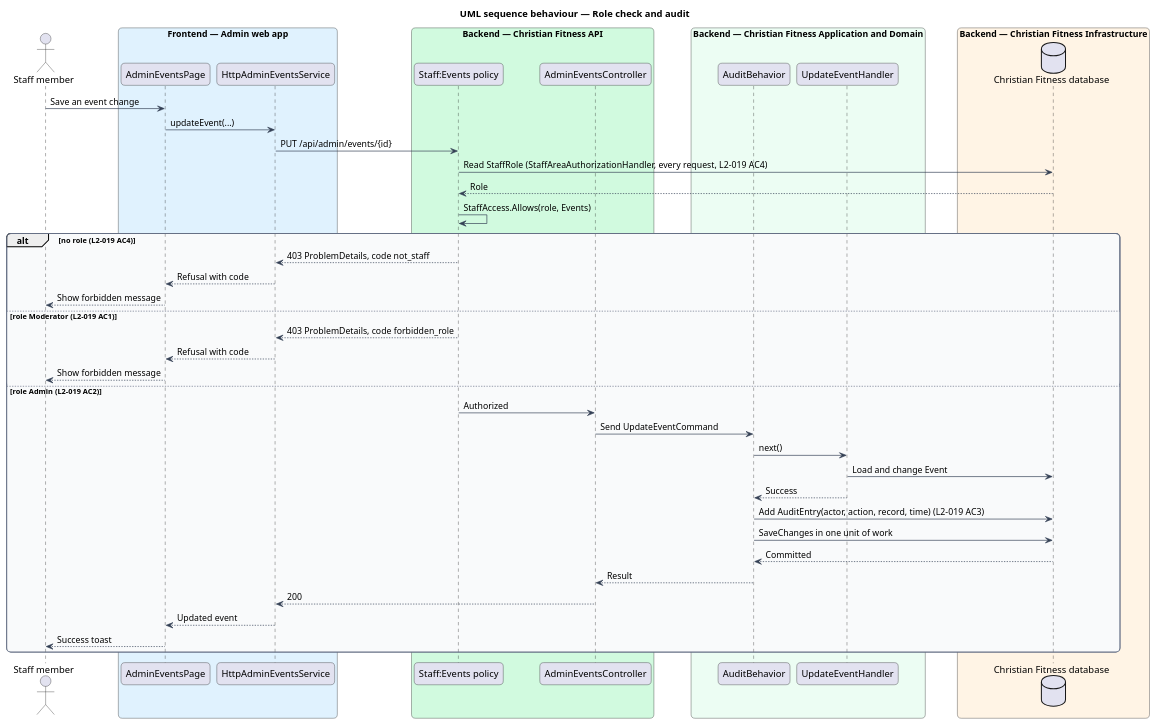
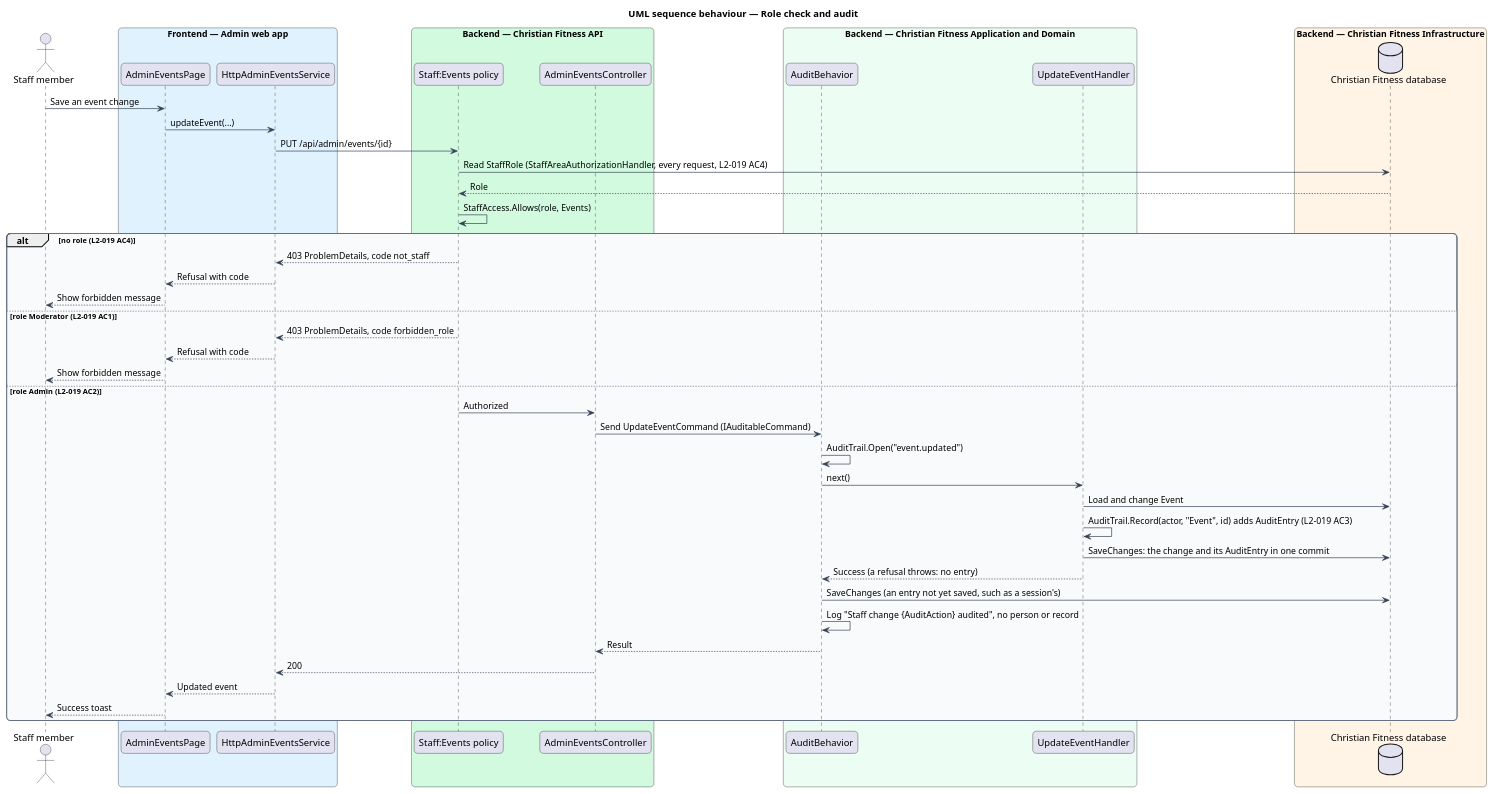
The diagram in docs/detailed-designs/admin-access/staff-roles/diagrams/sequence-authorize-and-audit.puml (QuinntyneBrown/christian-fitness), drawn with PlantUML before and after one commit. The commit also changed 19 other files, not shown here.

```diff
--- a/docs/detailed-designs/admin-access/staff-roles/diagrams/sequence-authorize-and-audit.puml
+++ b/docs/detailed-designs/admin-access/staff-roles/diagrams/sequence-authorize-and-audit.puml
@@ -1,61 +1,63 @@
 @startuml
 title UML sequence behaviour — Role check and audit
 skinparam backgroundColor #FFFFFF
 skinparam shadowing false
 skinparam roundcorner 12
 skinparam defaultFontName Arial
 skinparam ArrowColor #344054
 skinparam rectangle {
   BorderColor #344054
   FontColor #101828
 }
 skinparam package {
   BorderColor #667085
   FontColor #101828
   BackgroundColor #F9FAFB
 }
 actor "Staff member" as actor
 box "Frontend — Admin web app" #E0F2FE
   participant "AdminEventsPage" as page
   participant "HttpAdminEventsService" as client
 end box
 box "Backend — Christian Fitness API" #D1FADF
   participant "Staff:Events policy" as pol
   participant "AdminEventsController" as ctrl
 end box
 box "Backend — Christian Fitness Application and Domain" #ECFDF3
   participant "AuditBehavior" as audit
   participant "UpdateEventHandler" as handler
 end box
 box "Backend — Christian Fitness Infrastructure" #FFF4E5
   database "Christian Fitness database" as db
 end box
 actor -> page : Save an event change
 page -> client : updateEvent(...)
 client -> pol : PUT /api/admin/events/{id}
 pol -> db : Read StaffRole (StaffAreaAuthorizationHandler, every request, L2-019 AC4)
 db --> pol : Role
 pol -> pol : StaffAccess.Allows(role, Events)
 alt no role (L2-019 AC4)
   pol --> client : 403 ProblemDetails, code not_staff
   client --> page : Refusal with code
   page --> actor : Show forbidden message
 else role Moderator (L2-019 AC1)
   pol --> client : 403 ProblemDetails, code forbidden_role
   client --> page : Refusal with code
   page --> actor : Show forbidden message
 else role Admin (L2-019 AC2)
   pol -> ctrl : Authorized
-  ctrl -> audit : Send UpdateEventCommand
+  ctrl -> audit : Send UpdateEventCommand (IAuditableCommand)
+  audit -> audit : AuditTrail.Open("event.updated")
   audit -> handler : next()
   handler -> db : Load and change Event
-  handler --> audit : Success
-  audit -> db : Add AuditEntry(actor, action, record, time) (L2-019 AC3)
-  audit -> db : SaveChanges in one unit of work
-  db --> audit : Committed
+  handler -> handler : AuditTrail.Record(actor, "Event", id) adds AuditEntry (L2-019 AC3)
+  handler -> db : SaveChanges: the change and its AuditEntry in one commit
+  handler --> audit : Success (a refusal throws: no entry)
+  audit -> db : SaveChanges (an entry not yet saved, such as a session's)
+  audit -> audit : Log "Staff change {AuditAction} audited", no person or record
   audit --> ctrl : Result
   ctrl --> client : 200
   client --> page : Updated event
   page --> actor : Success toast
 end
 @enduml
```
